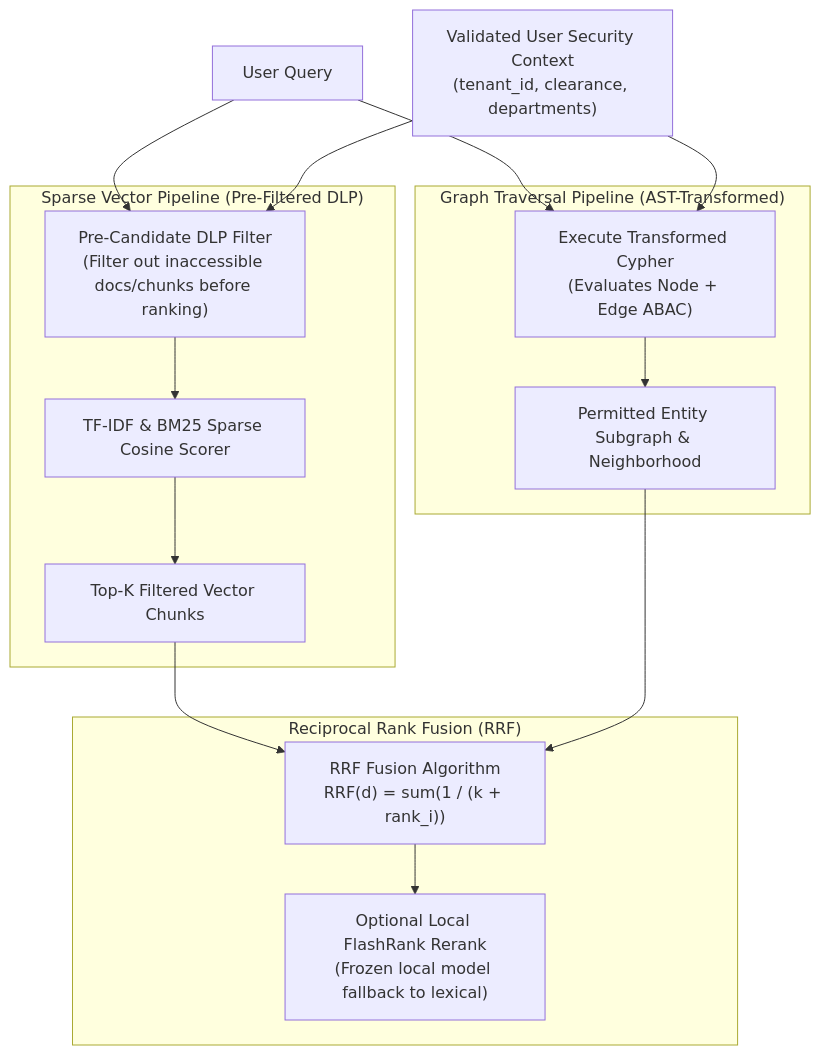
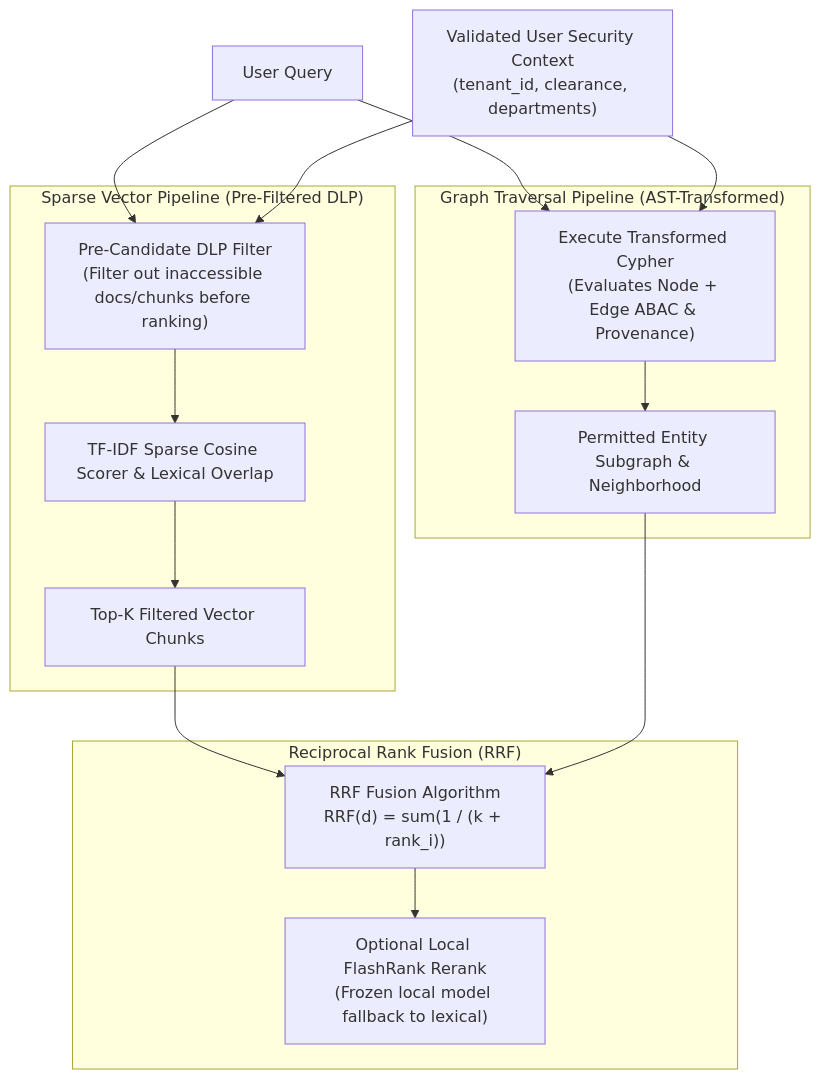
The fourth of 5 diagrams in docs/ARCHITECTURE.md (addiee13/graphrag-dlp), drawn with Mermaid before and after one commit. The commit also changed other lines of this file and 4 other files, not shown here.

Commit message:
docs: synchronize architecture, security, plan, acceptance, and runbook with implemented system

````diff
--- a/docs/ARCHITECTURE.md
+++ b/docs/ARCHITECTURE.md
@@ -192,34 +198,34 @@
 ```mermaid
 flowchart TD
     Query["User Query"]
     UserCtx["Validated User Security Context\n(tenant_id, clearance, departments)"]
 
     subgraph VectorPerimeter["Sparse Vector Pipeline (Pre-Filtered DLP)"]
         PreFilter["Pre-Candidate DLP Filter\n(Filter out inaccessible docs/chunks before ranking)"]
-        TFIDF["TF-IDF & BM25 Sparse Cosine Scorer"]
+        TFIDF["TF-IDF Sparse Cosine Scorer & Lexical Overlap"]
         VectorHits["Top-K Filtered Vector Chunks"]
     end
 
     subgraph GraphPerimeter["Graph Traversal Pipeline (AST-Transformed)"]
-        ASTExec["Execute Transformed Cypher\n(Evaluates Node + Edge ABAC)"]
+        ASTExec["Execute Transformed Cypher\n(Evaluates Node + Edge ABAC & Provenance)"]
         GraphHits["Permitted Entity Subgraph & Neighborhood"]
     end
 
     subgraph Fusion["Reciprocal Rank Fusion (RRF)"]
         RRF["RRF Fusion Algorithm\nRRF(d) = sum(1 / (k + rank_i))"]
         Rerank["Optional Local FlashRank Rerank\n(Frozen local model fallback to lexical)"]
     end
 
     Query --> PreFilter
     UserCtx --> PreFilter
     PreFilter --> TFIDF
     TFIDF --> VectorHits
 
     Query --> ASTExec
     UserCtx --> ASTExec
     ASTExec --> GraphHits
 
     VectorHits --> RRF
     GraphHits --> RRF
     RRF --> Rerank
 ```
````
